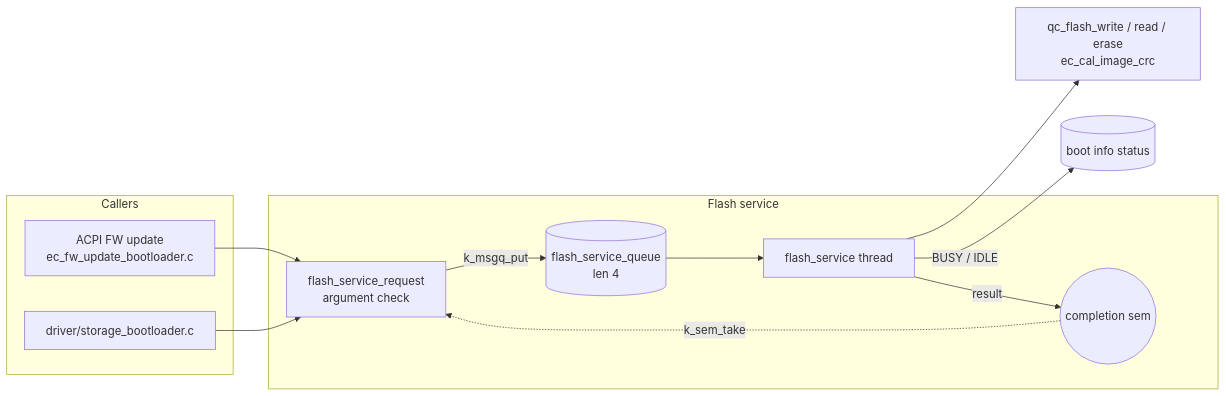
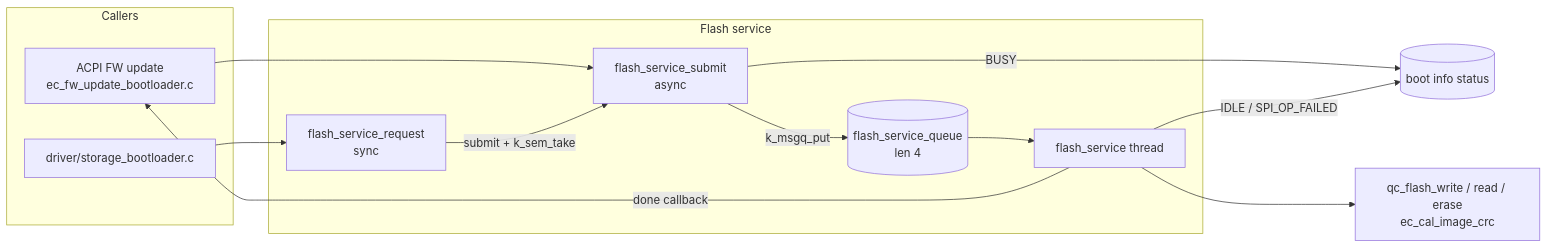
Before and after one commit to MCHP-Andy/ec_qualcomm: the diagram in service/flash/readme_en.md, drawn with Mermaid. The commit also changed other lines of this file and 6 other files, not shown here.

````diff
--- a/service/flash/readme_en.md
+++ b/service/flash/readme_en.md
@@ -10,26 +15,27 @@
 ```mermaid
 graph LR
     subgraph "Callers"
         FW[ACPI FW update<br/>ec_fw_update_bootloader.c]
         STO[driver/storage_bootloader.c]
     end
 
     subgraph "Flash service"
-        REQ[flash_service_request<br/>argument check]
+        SUB[flash_service_submit<br/>async]
+        REQ[flash_service_request<br/>sync]
         Q[(flash_service_queue<br/>len 4)]
         THR[flash_service thread]
-        SEM((completion sem))
     end
 
     DRV[qc_flash_write / read / erase<br/>ec_cal_image_crc]
     INFO[(boot info status)]
 
-    FW --> REQ
+    FW --> SUB
     STO --> REQ
-    REQ -->|k_msgq_put| Q
+    REQ -->|submit + k_sem_take| SUB
+    SUB -->|BUSY| INFO
+    SUB -->|k_msgq_put| Q
     Q --> THR
     THR --> DRV
-    THR -->|BUSY / IDLE| INFO
-    THR -->|result| SEM
-    SEM -.->|k_sem_take| REQ
+    THR -->|done callback| FW
+    THR -->|IDLE / SPI_OP_FAILED| INFO
 ```
````
